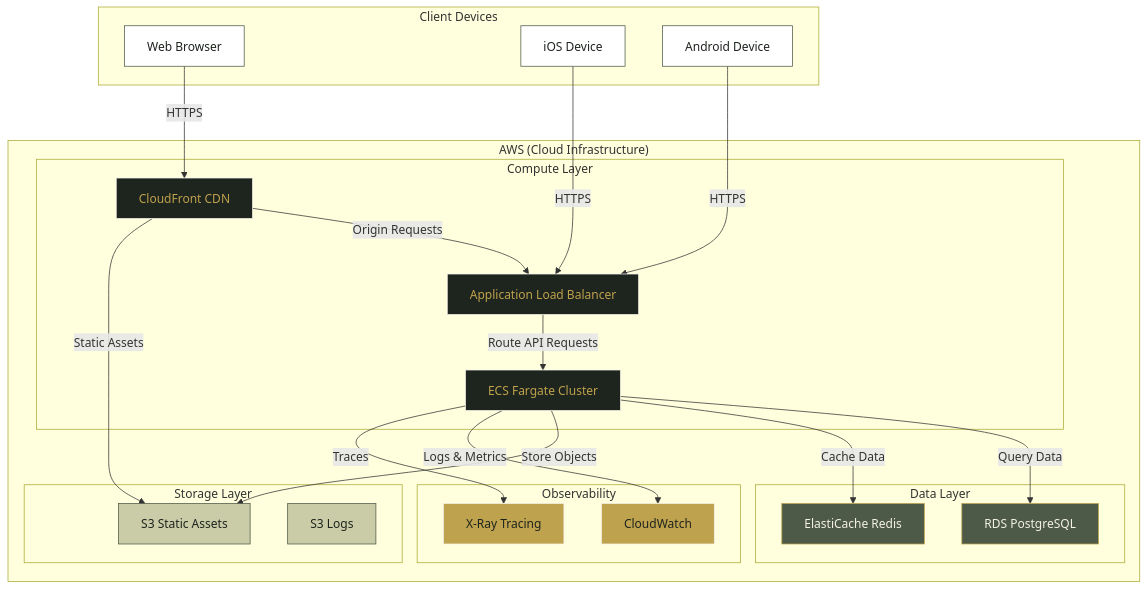
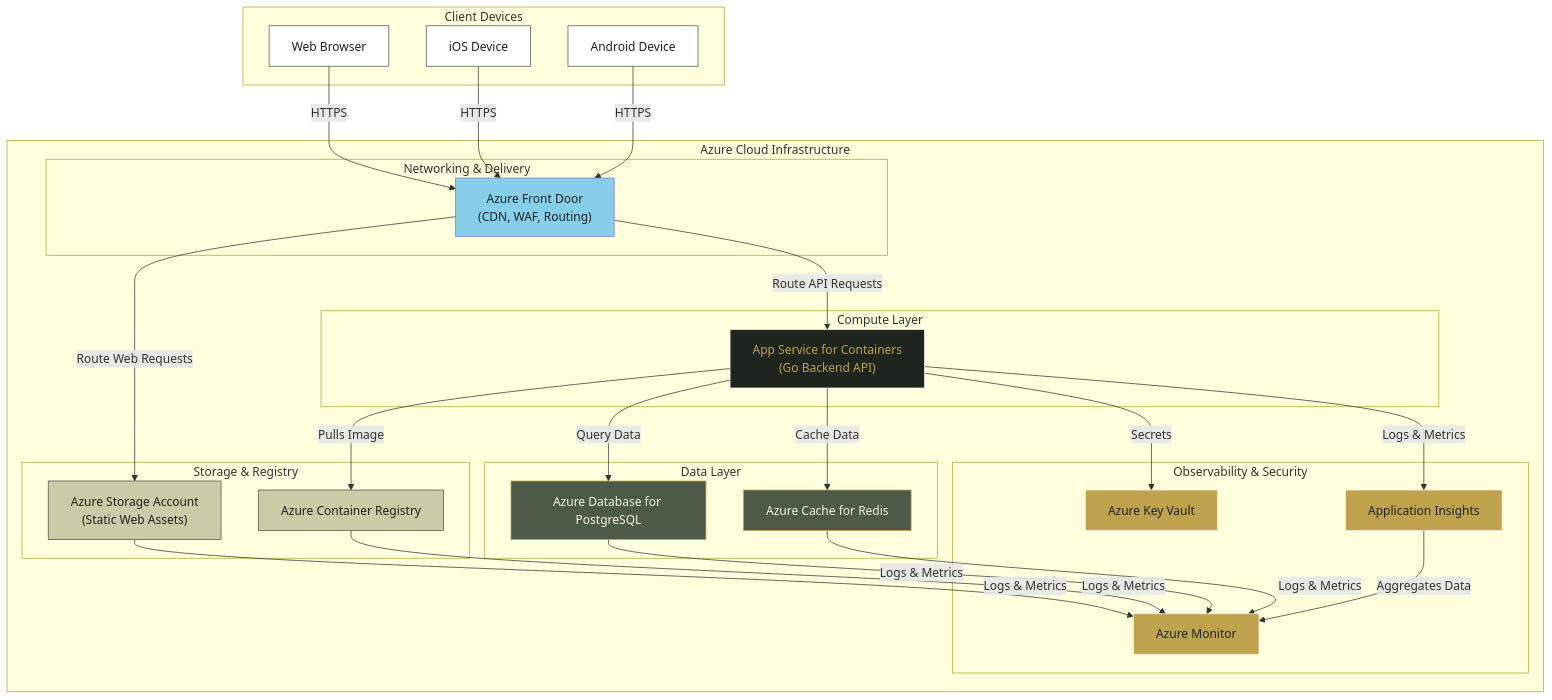
One commit to toole-brendan/ptchampion changed the seventh of 8 diagrams in docs/ARCHITECTURE.md. Above: the diagram before and after it, drawn with Mermaid. The commit also changed other lines of this file and 18 other files, not shown here.

````diff
--- a/docs/ARCHITECTURE.md
+++ b/docs/ARCHITECTURE.md
@@ -332,59 +332,67 @@
 ```mermaid
 graph TD
     subgraph "Client Devices"
         WebBrowser["Web Browser"]
         iOSDevice["iOS Device"]
         AndroidDevice["Android Device"]
     end
-    
-    subgraph "AWS (Cloud Infrastructure)"
+
+    subgraph "Azure Cloud Infrastructure"
+        subgraph "Networking & Delivery"
+            FrontDoor["Azure Front Door\n(CDN, WAF, Routing)"]
+        end
+
         subgraph "Compute Layer"
-            ALB["Application Load Balancer"]
-            ECS["ECS Fargate Cluster"]
-            CloudFront["CloudFront CDN"]
+            AppService["App Service for Containers\n(Go Backend API)"]
         end
-        
+
         subgraph "Data Layer"
-            RDS["RDS PostgreSQL"]
-            ElastiCache["ElastiCache Redis"]
+            PostgreSQL["Azure Database for PostgreSQL"]
+            RedisCache["Azure Cache for Redis"]
         end
-        
-        subgraph "Storage Layer"
-            S3["S3 Static Assets"]
-            S3Logs["S3 Logs"]
+
+        subgraph "Storage & Registry"
+            StorageAccount["Azure Storage Account\n(Static Web Assets)"]
+            ACR["Azure Container Registry"]
         end
-        
-        subgraph "Observability"
-            CloudWatch["CloudWatch"]
-            XRay["X-Ray Tracing"]
+
+        subgraph "Observability & Security"
+            AppInsights["Application Insights"]
+            Monitor["Azure Monitor"]
+            KeyVault["Azure Key Vault"]
         end
     end
-    
-    WebBrowser -->|HTTPS| CloudFront
-    iOSDevice -->|HTTPS| ALB
-    AndroidDevice -->|HTTPS| ALB
-    
-    CloudFront -->|Origin Requests| ALB
-    CloudFront -->|Static Assets| S3
-    
-    ALB -->|Route API Requests| ECS
-    
-    ECS -->|Query Data| RDS
-    ECS -->|Cache Data| ElastiCache
-    ECS -->|Store Objects| S3
-    
-    ECS -->|Logs & Metrics| CloudWatch
-    ECS -->|Traces| XRay
-    
+
+    WebBrowser -->|HTTPS| FrontDoor
+    iOSDevice -->|HTTPS| FrontDoor
+    AndroidDevice -->|HTTPS| FrontDoor
+
+    FrontDoor -->|Route Web Requests| StorageAccount
+    FrontDoor -->|Route API Requests| AppService
+
+    AppService -->|Pulls Image| ACR
+    AppService -->|Query Data| PostgreSQL
+    AppService -->|Cache Data| RedisCache
+    AppService -->|Secrets| KeyVault
+    AppService -->|Logs & Metrics| AppInsights
+
+    PostgreSQL -->|Logs & Metrics| Monitor
+    RedisCache -->|Logs & Metrics| Monitor
+    StorageAccount -->|Logs & Metrics| Monitor
+    ACR -->|Logs & Metrics| Monitor
+    AppInsights -->|Aggregates Data| Monitor
+
     classDef client fill:#FFFFFF,color:#1E241E,stroke:#4E5A48
+    classDef network fill:#87CEEB,color:#1E241E,stroke:#4E5A48  // Light Sky Blue
     classDef compute fill:#1E241E,color:#BFA24D,stroke:#F4F1E6
     classDef data fill:#4E5A48,color:#F4F1E6,stroke:#BFA24D
     classDef storage fill:#C9CCA6,color:#1E241E,stroke:#4E5A48
     classDef observe fill:#BFA24D,color:#1E241E,stroke:#F4F1E6
-    
+
     class WebBrowser,iOSDevice,AndroidDevice client
-    class ALB,ECS,CloudFront compute
-    class RDS,ElastiCache data
-    class S3,S3Logs storage
-    class CloudWatch,XRay observe
+    class FrontDoor network
+    class AppService compute
+    class PostgreSQL,RedisCache data
+    class StorageAccount,ACR storage
+    class AppInsights,Monitor,KeyVault observe
 ```
````
